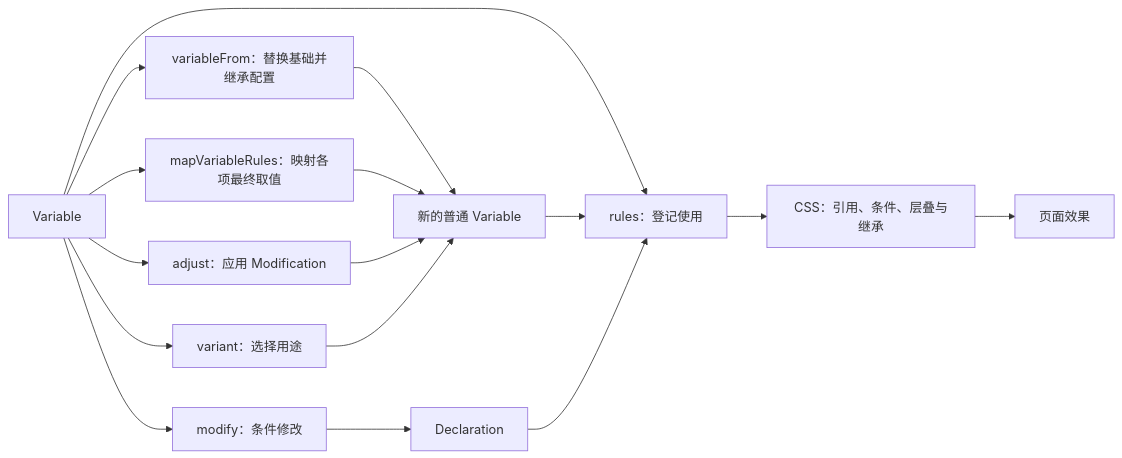
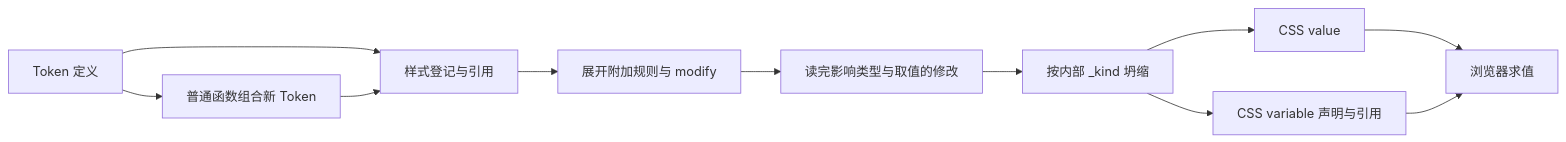
The diagram in src/style-system/doc/behaviors/__spec.md (edsolater/uikit), drawn with Mermaid before and after one commit. The commit also changed other lines of this file and 147 other files, not shown here.

````diff
--- a/src/style-system/doc/behaviors/__spec.md
+++ b/src/style-system/doc/behaviors/__spec.md
@@ -11,18 +19,13 @@
 ```mermaid
 flowchart LR
-  V[Variable] --> F[variableFrom：替换基础并继承配置]
-  V --> Map[mapVariableRules：映射各项最终取值]
-  V --> A[adjust：应用 Modification]
-  V --> S[variant：选择用途]
-  F --> N[新的普通 Variable]
-  Map --> N
-  A --> N
-  S --> N
-  V --> R[rules：登记使用]
-  N --> R
-  V --> M[modify：条件修改]
-  M --> D[Declaration]
-  D --> R
-  R --> CSS[CSS：引用、条件、层叠与继承]
-  CSS --> P[页面效果]
+  T[Token 定义] --> F[普通函数组合新 Token]
+  T --> R[样式登记与引用]
+  F --> R
+  R --> A[展开附加规则与 modify]
+  A --> K[读完影响类型与取值的修改]
+  K --> C[按内部 _kind 坍缩]
+  C --> V[CSS value]
+  C --> P[CSS variable 声明与引用]
+  V --> CSS[浏览器求值]
+  P --> CSS
 ```
````
